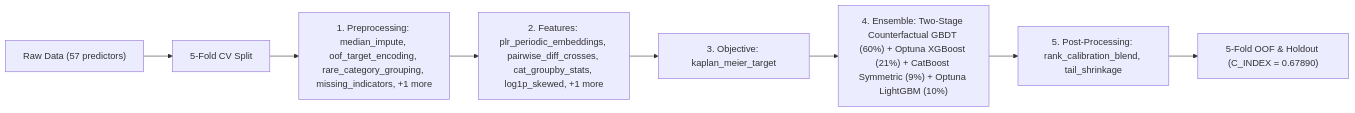
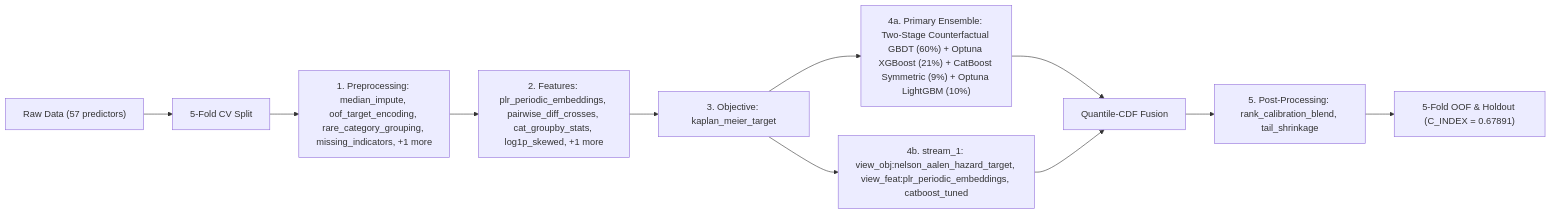
The diagram in README.md (stefanoclss/CIBMTR-Equity-in-Post-HCT-Survival-Predictions), drawn with Mermaid before and after one commit. The commit also changed other lines of this file, not shown here.

First line of the commit message:
docs(readme): refresh verified OOF benchmark & build ledger (C_INDEX=0.67891)

````diff
--- a/README.md
+++ b/README.md
@@ -144,10 +145,13 @@
 ```mermaid
 flowchart LR
     DATA["Raw Data (57 predictors)"] --> SPLIT["5-Fold CV Split"]
     SPLIT --> PRE["1. Preprocessing: median_impute, oof_target_encoding, rare_category_grouping, missing_indicators, +1 more"]
     PRE --> FEAT["2. Features: plr_periodic_embeddings, pairwise_diff_crosses, cat_groupby_stats, log1p_skewed, +1 more"]
     FEAT --> OBJ["3. Objective: kaplan_meier_target"]
-    OBJ --> M0["4. Ensemble: Two-Stage Counterfactual GBDT (60%) + Optuna XGBoost (21%) + CatBoost Symmetric (9%) + Optuna LightGBM (10%)"]
-    M0 --> POST["5. Post-Processing: rank_calibration_blend, tail_shrinkage"]
-    POST --> OUT["5-Fold OOF & Holdout (C_INDEX = 0.67890)"]
+    OBJ --> M0["4a. Primary Ensemble: Two-Stage Counterfactual GBDT (60%) + Optuna XGBoost (21%) + CatBoost Symmetric (9%) + Optuna LightGBM (10%)"]
+    M0 --> FUSE["Quantile-CDF Fusion"]
+    OBJ --> S1["4b. stream_1: view_obj:nelson_aalen_hazard_target, view_feat:plr_periodic_embeddings, catboost_tuned"]
+    S1 --> FUSE
+    FUSE --> POST["5. Post-Processing: rank_calibration_blend, tail_shrinkage"]
+    POST --> OUT["5-Fold OOF & Holdout (C_INDEX = 0.67891)"]
 ```
````
